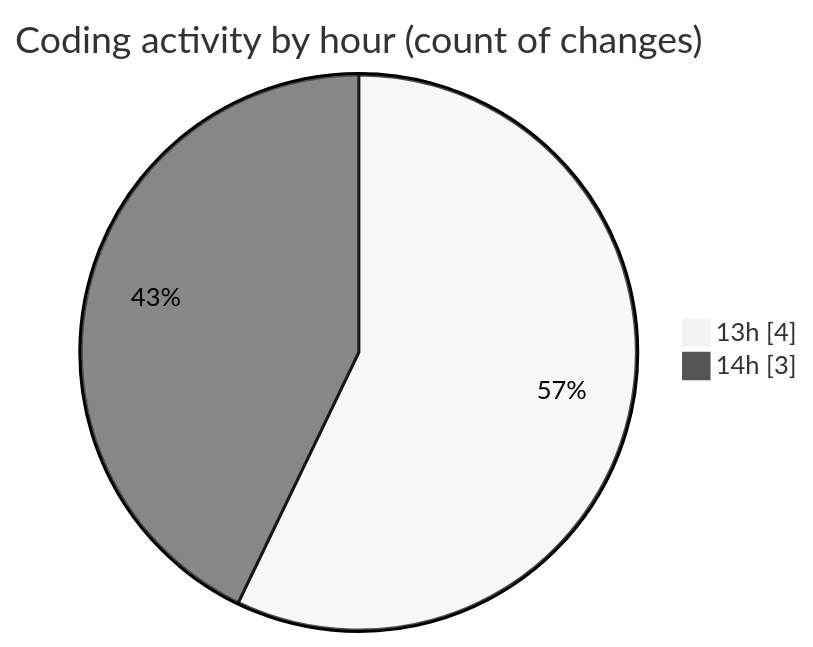
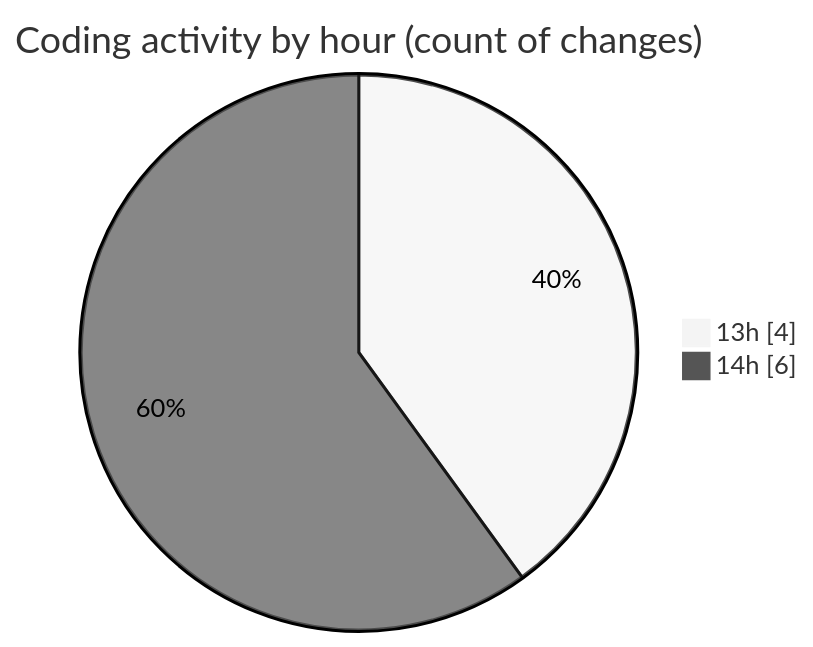
One commit to nxtqubesakshisongat/code-tracking changed the second of 2 diagrams in 2025-09-21/nxtqube_webapp/README.md. Above: the diagram before and after it, drawn with Mermaid (neutral theme). The commit also changed other lines of this file and 1 other file, not shown here.

````diff
--- a/2025-09-21/nxtqube_webapp/README.md
+++ b/2025-09-21/nxtqube_webapp/README.md
@@ -29,6 +31,6 @@
 ```mermaid
 pie showData
 title Coding activity by hour (count of changes)
 "13h" : 4
-"14h" : 3
+"14h" : 6
 ```
````
